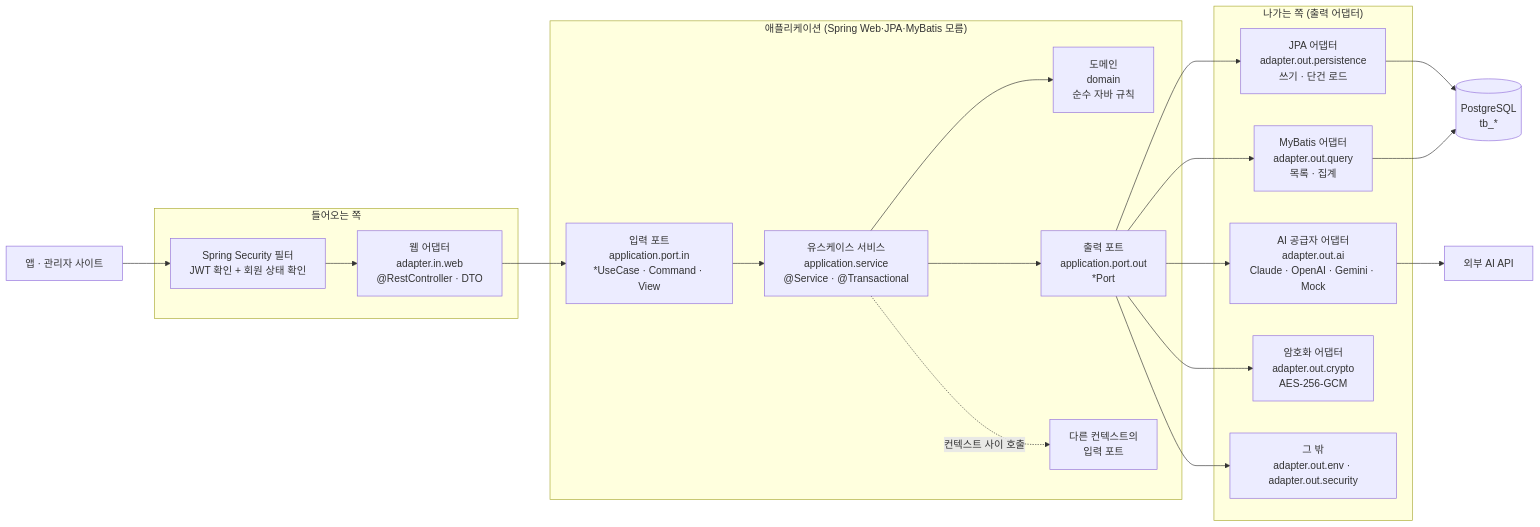
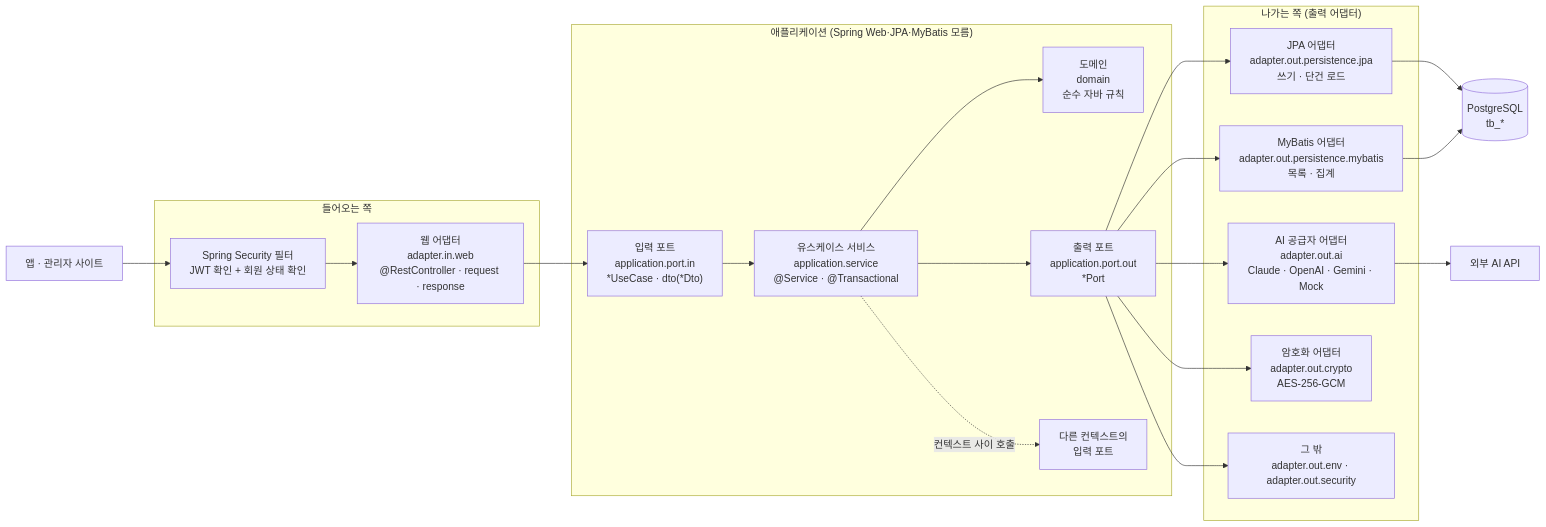
One commit to showzone83/wearly changed the first of 10 diagrams in doc/10_백엔드_흐름.md. Above: the diagram before and after it, drawn with Mermaid. The commit also changed other lines of this file and 2 other files, not shown here.

````diff
--- a/doc/10_백엔드_흐름.md
+++ b/doc/10_백엔드_흐름.md
@@ -14,38 +14,38 @@
 ```mermaid
 flowchart LR
   Client["앱 · 관리자 사이트"]
 
   subgraph IN["들어오는 쪽"]
     Filter["Spring Security 필터<br/>JWT 확인 + 회원 상태 확인"]
-    Web["웹 어댑터<br/>adapter.in.web<br/>@RestController · DTO"]
+    Web["웹 어댑터<br/>adapter.in.web<br/>@RestController · request · response"]
   end
 
   subgraph APP["애플리케이션 (Spring Web·JPA·MyBatis 모름)"]
-    PortIn["입력 포트<br/>application.port.in<br/>*UseCase · Command · View"]
+    PortIn["입력 포트<br/>application.port.in<br/>*UseCase · dto(*Dto)"]
     Service["유스케이스 서비스<br/>application.service<br/>@Service · @Transactional"]
     Domain["도메인<br/>domain<br/>순수 자바 규칙"]
     PortOut["출력 포트<br/>application.port.out<br/>*Port"]
     Other["다른 컨텍스트의<br/>입력 포트"]
   end
 
   subgraph OUT["나가는 쪽 (출력 어댑터)"]
-    Jpa["JPA 어댑터<br/>adapter.out.persistence<br/>쓰기 · 단건 로드"]
-    MyBatis["MyBatis 어댑터<br/>adapter.out.query<br/>목록 · 집계"]
+    Jpa["JPA 어댑터<br/>adapter.out.persistence.jpa<br/>쓰기 · 단건 로드"]
+    MyBatis["MyBatis 어댑터<br/>adapter.out.persistence.mybatis<br/>목록 · 집계"]
     Ai["AI 공급자 어댑터<br/>adapter.out.ai<br/>Claude · OpenAI · Gemini · Mock"]
     Crypto["암호화 어댑터<br/>adapter.out.crypto<br/>AES-256-GCM"]
     Etc["그 밖<br/>adapter.out.env · adapter.out.security"]
   end
 
   DB[("PostgreSQL<br/>tb_*")]
   Ext["외부 AI API"]
 
   Client --> Filter --> Web --> PortIn --> Service
   Service --> Domain
   Service --> PortOut
   Service -. "컨텍스트 사이 호출" .-> Other
   PortOut --> Jpa --> DB
   PortOut --> MyBatis --> DB
   PortOut --> Ai --> Ext
   PortOut --> Crypto
   PortOut --> Etc
 ```
````
